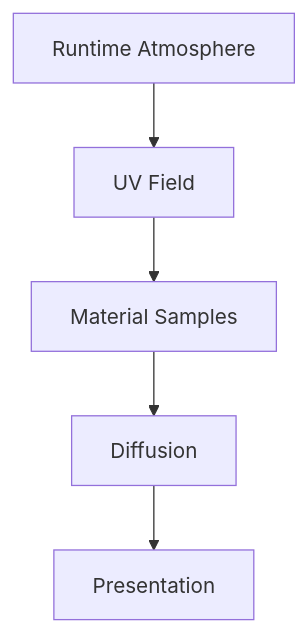
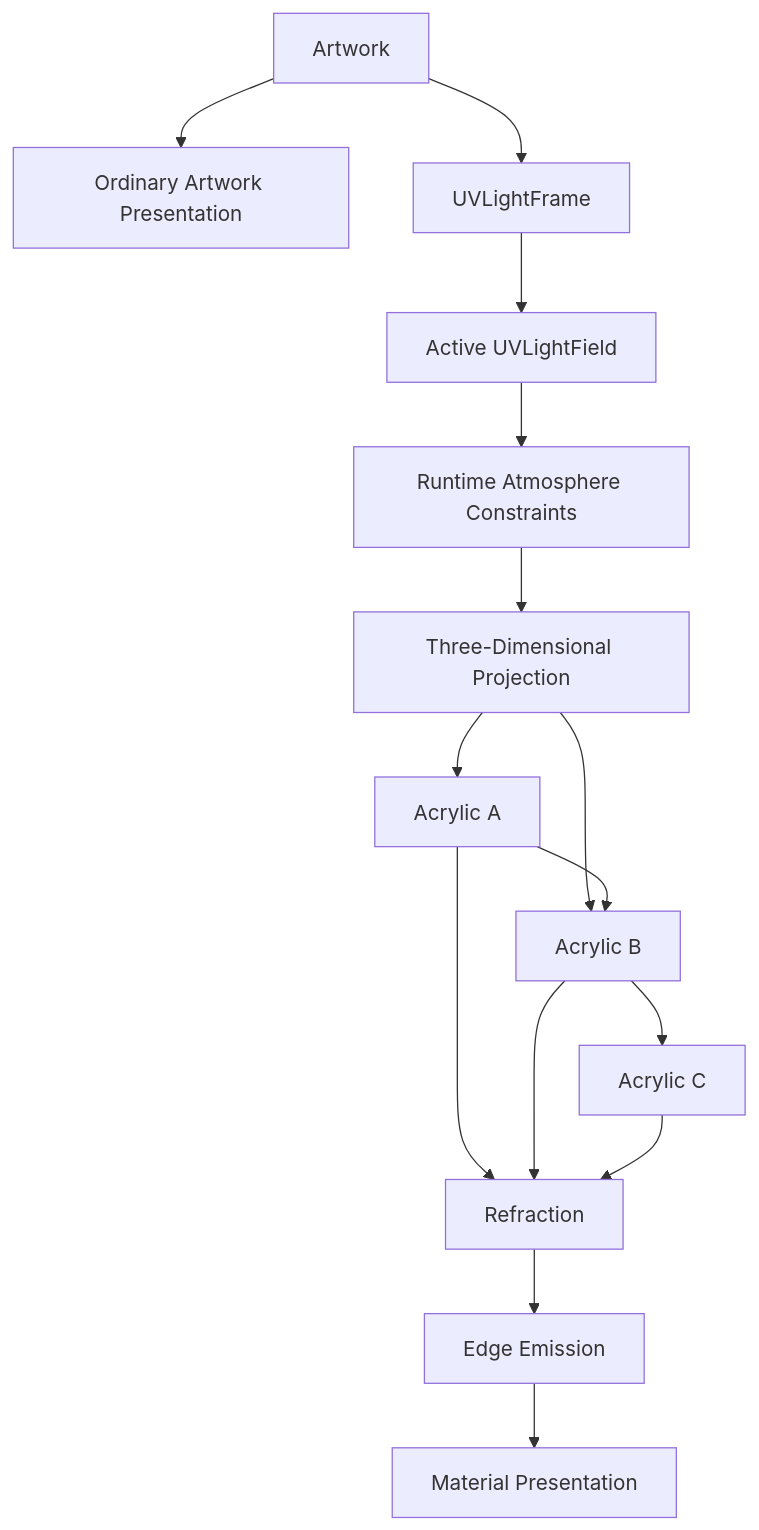
Before and after one commit to mosaic-media/architecture: the seventh of 7 diagrams in docs/design/system/mds-003-material-system/08-uv-indexed-refraction.md, drawn with Mermaid. The commit also changed other lines of this file and 12 other files, not shown here.

Commit message:
docs(mds-003): define refraction architecture

````diff
--- a/docs/design/system/mds-003-material-system/08-uv-indexed-refraction.md
+++ b/docs/design/system/mds-003-material-system/08-uv-indexed-refraction.md
@@ -409,14 +525,19 @@
 ```mermaid
 flowchart TD
 
-N1["Runtime Atmosphere"]
-N2["UV Field"]
-N3["Material Samples"]
-N4["Diffusion"]
-N5["Presentation"]
-
-N1 --> N2
-N2 --> N3
-N3 --> N4
-N4 --> N5
+Artwork
+Artwork --> Presentation["Ordinary Artwork Presentation"]
+Artwork --> Frame["UVLightFrame"]
+Frame --> Field["Active UVLightField"]
+Field --> Atmosphere["Runtime Atmosphere Constraints"]
+Atmosphere --> Projection["Three-Dimensional Projection"]
+Projection --> AcrylicA["Acrylic A"]
+Projection --> AcrylicB["Acrylic B"]
+AcrylicA --> AcrylicB
+AcrylicB --> AcrylicC["Acrylic C"]
+AcrylicA --> Refraction
+AcrylicB --> Refraction
+AcrylicC --> Refraction
+Refraction --> EdgeEmission["Edge Emission"]
+EdgeEmission --> MaterialPresentation["Material Presentation"]
 ```
````
